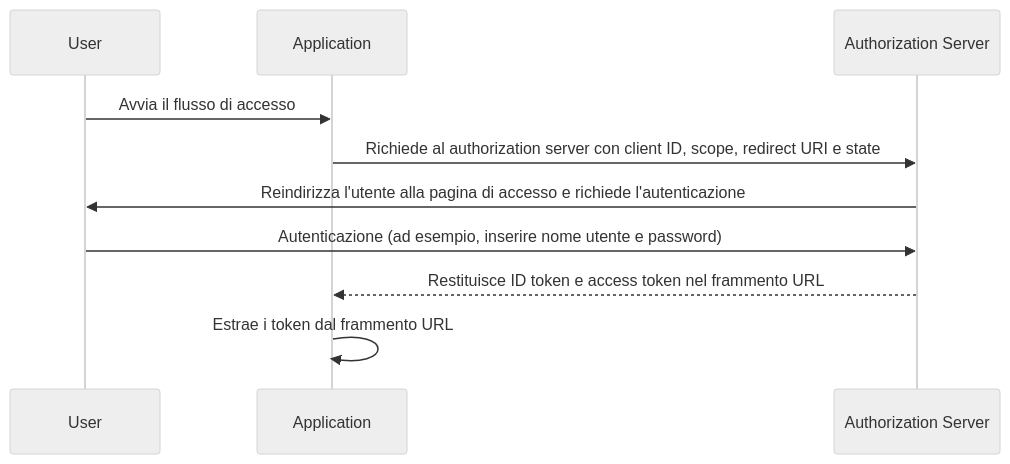
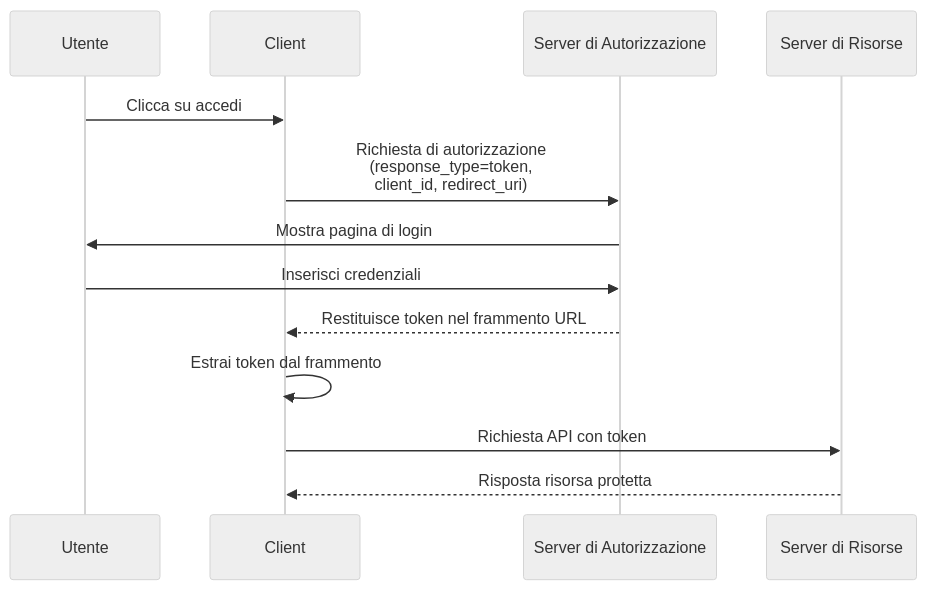
Before and after one commit to logto-io/auth-wiki: the diagram in src/content/terms/it/implicit-flow.mdx, drawn with Mermaid (neutral theme). The commit also changed other lines of this file and 95 other files, not shown here.

````diff
--- a/src/content/terms/it/implicit-flow.mdx
+++ b/src/content/terms/it/implicit-flow.mdx
@@ -20,12 +19,16 @@
 ```mermaid
 sequenceDiagram
-participant User
-participant Application
-participant Authorization Server
-User->>Application: Avvia il flusso di accesso
-Application->>Authorization Server: Richiede al authorization server con client ID, scope, redirect URI e state
-Authorization Server->>User: Reindirizza l'utente alla pagina di accesso e richiede l'autenticazione
-User->>Authorization Server: Autenticazione (ad esempio, inserire nome utente e password)
-Authorization Server -->>Application: Restituisce ID token e access token nel frammento URL
-Application->>Application: Estrae i token dal frammento URL
+  participant U as Utente
+  participant C as Client
+  participant AS as Server di Autorizzazione
+  participant RS as Server di Risorse
+
+  U->>C: Clicca su accedi
+  C->>AS: Richiesta di autorizzazione<br/>(response_type=token,<br/>client_id, redirect_uri)
+  AS->>U: Mostra pagina di login
+  U->>AS: Inserisci credenziali
+  AS-->>C: Restituisce token nel frammento URL
+  C->>C: Estrai token dal frammento
+  C->>RS: Richiesta API con token
+  RS-->>C: Risposta risorsa protetta
 ```
````
